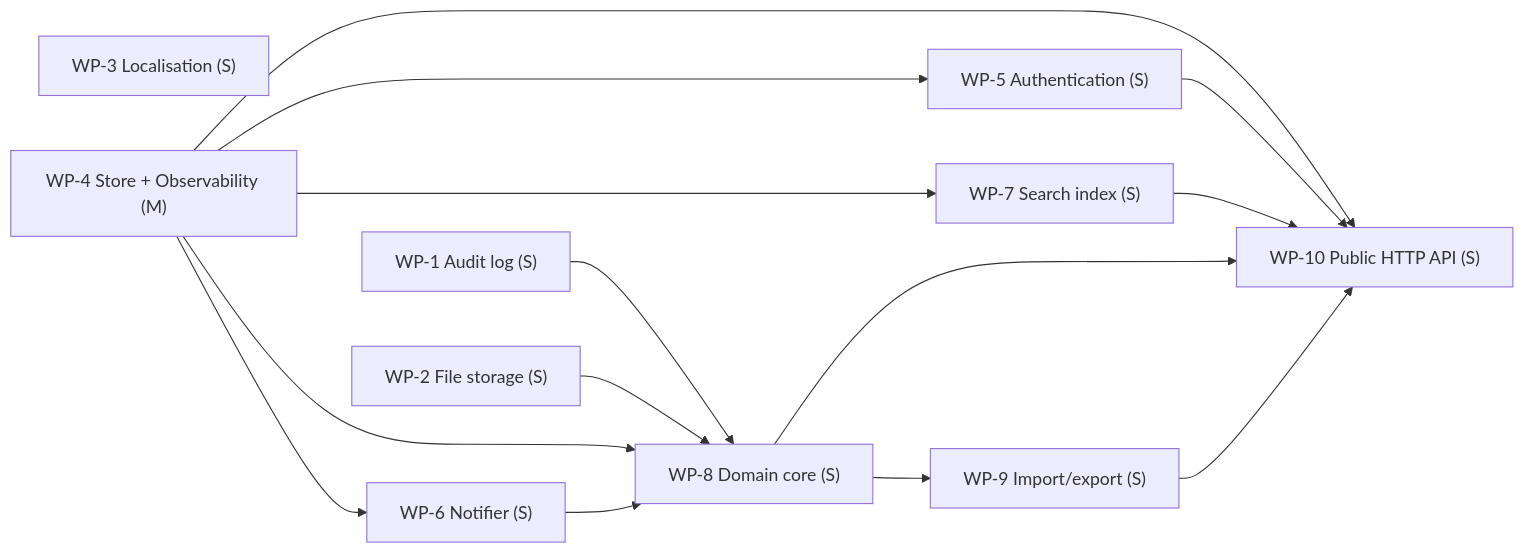
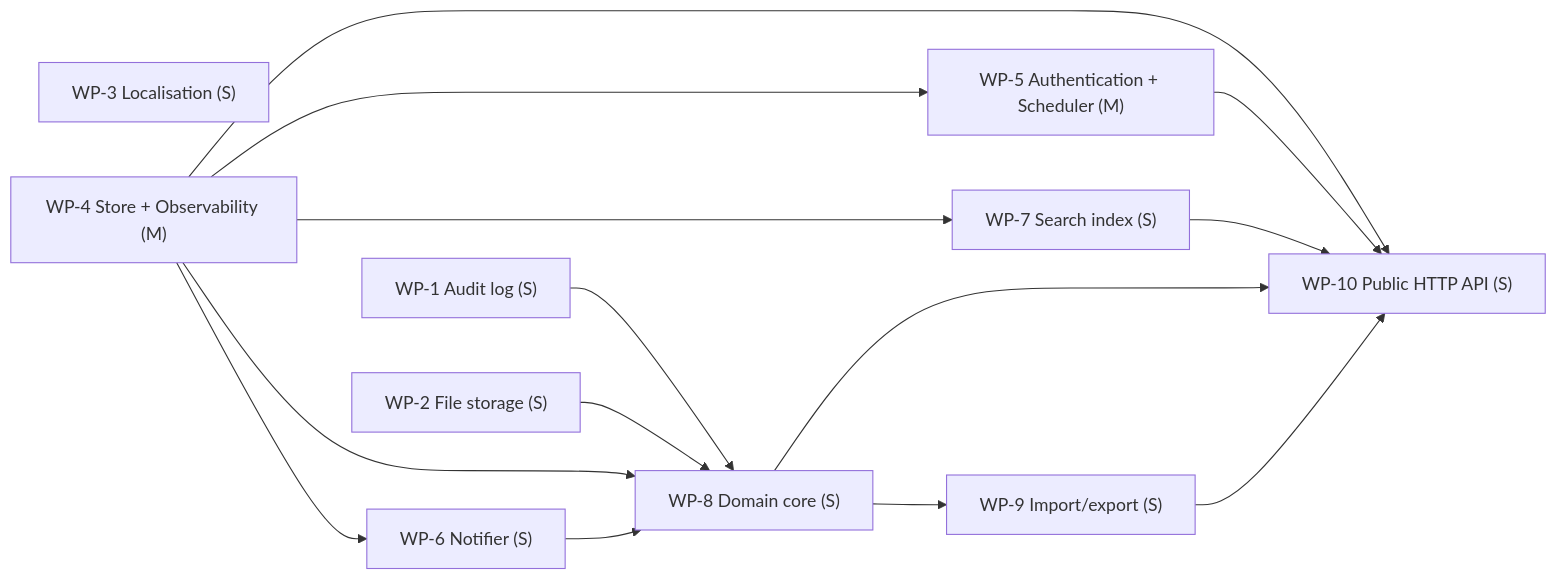
Before and after one commit to yui9696/sekkei: the third of 3 diagrams in examples/eval2/gakushu.DESIGN.md, drawn with Mermaid. The commit also changed other lines of this file and 49 other files, not shown here.

````diff
--- a/examples/eval2/gakushu.DESIGN.md
+++ b/examples/eval2/gakushu.DESIGN.md
@@ -763,26 +787,26 @@
 ```mermaid
 graph LR
   WP_1["WP-1 Audit log (S)"]
   WP_2["WP-2 File storage (S)"]
   WP_3["WP-3 Localisation (S)"]
   WP_4["WP-4 Store + Observability (M)"]
-  WP_5["WP-5 Authentication (S)"]
+  WP_5["WP-5 Authentication + Scheduler (M)"]
   WP_6["WP-6 Notifier (S)"]
   WP_7["WP-7 Search index (S)"]
   WP_8["WP-8 Domain core (S)"]
   WP_9["WP-9 Import/export (S)"]
   WP_10["WP-10 Public HTTP API (S)"]
   WP_4 --> WP_5
   WP_4 --> WP_6
   WP_4 --> WP_7
   WP_1 --> WP_8
   WP_2 --> WP_8
   WP_4 --> WP_8
   WP_6 --> WP_8
   WP_8 --> WP_9
   WP_4 --> WP_10
   WP_5 --> WP_10
   WP_7 --> WP_10
   WP_8 --> WP_10
   WP_9 --> WP_10
 ```
````
